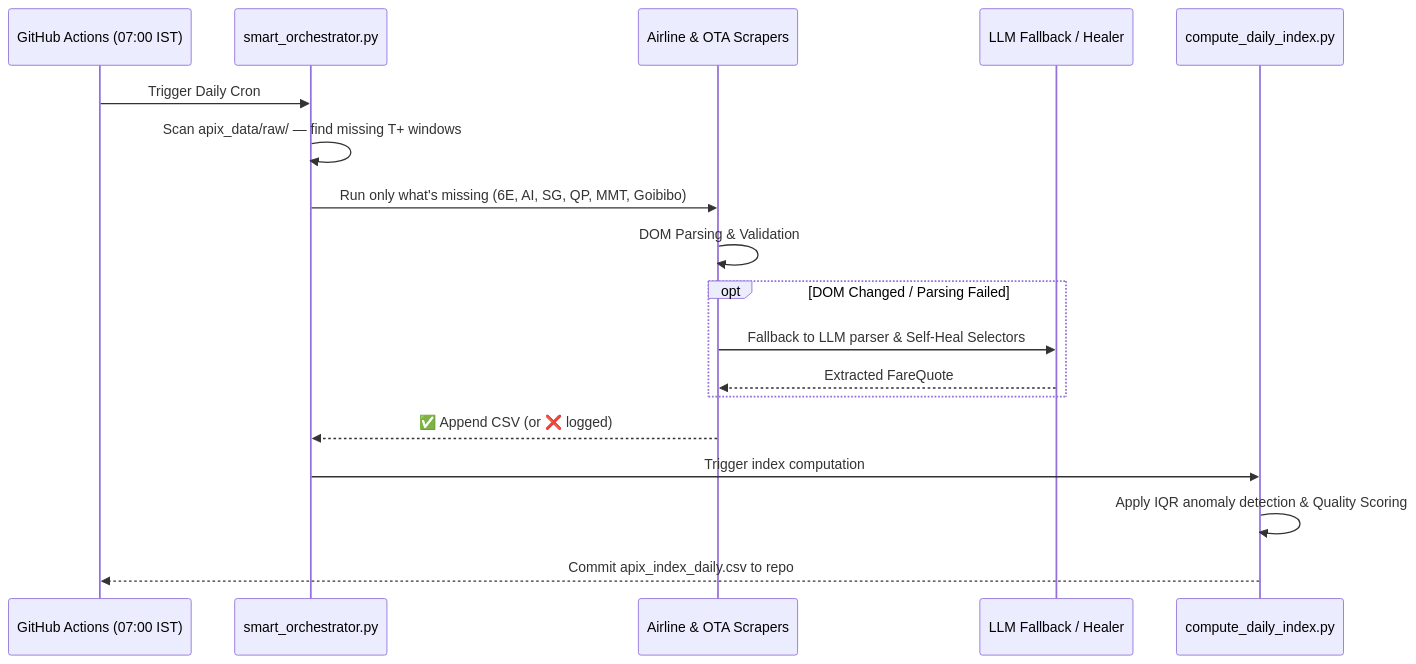
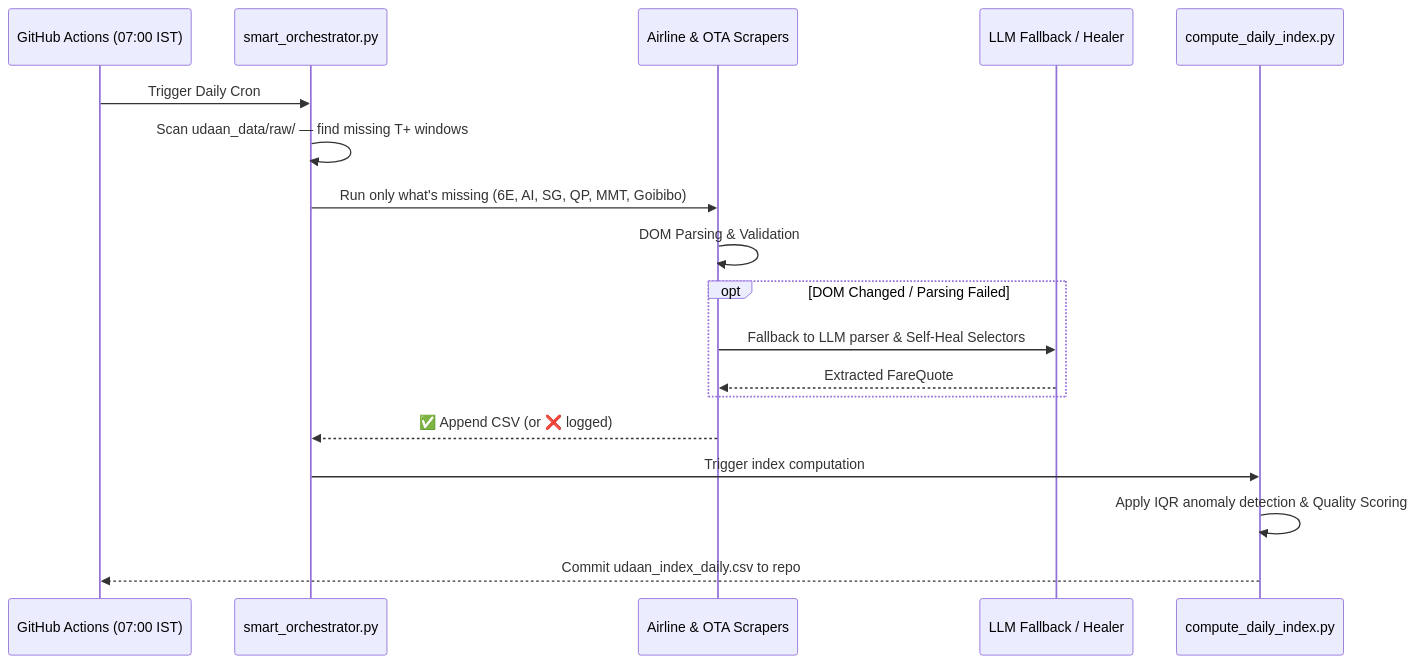
Before and after one commit to Rishavroy-2006/APIx: the first of 2 diagrams in README.md, drawn with Mermaid. The commit also changed other lines of this file and 84 other files, not shown here.

````diff
--- a/README.md
+++ b/README.md
@@ -21,21 +21,21 @@
 ```mermaid
 sequenceDiagram
     participant GA  as GitHub Actions (07:00 IST)
     participant Orch as smart_orchestrator.py
     participant Scraper as Airline & OTA Scrapers
     participant LLM as LLM Fallback / Healer
     participant Compute as compute_daily_index.py
 
     GA->>Orch: Trigger Daily Cron
-    Orch->>Orch: Scan apix_data/raw/ — find missing T+ windows
+    Orch->>Orch: Scan udaan_data/raw/ — find missing T+ windows
     Orch->>Scraper: Run only what's missing (6E, AI, SG, QP, MMT, Goibibo)
     Scraper->>Scraper: DOM Parsing & Validation
     opt DOM Changed / Parsing Failed
         Scraper->>LLM: Fallback to LLM parser & Self-Heal Selectors
         LLM-->>Scraper: Extracted FareQuote
     end
     Scraper-->>Orch: ✅ Append CSV (or ❌ logged)
     Orch->>Compute: Trigger index computation
     Compute->>Compute: Apply IQR anomaly detection & Quality Scoring
-    Compute-->>GA: Commit apix_index_daily.csv to repo
+    Compute-->>GA: Commit udaan_index_daily.csv to repo
 ```
````
